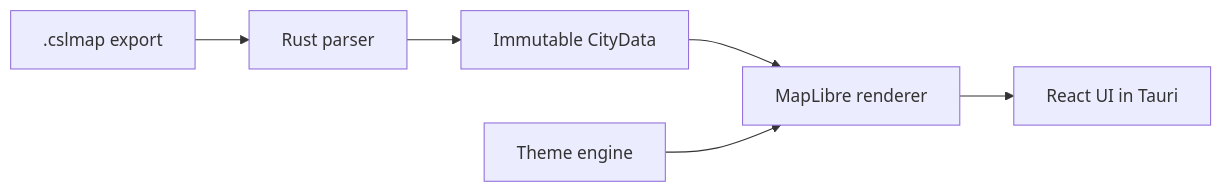
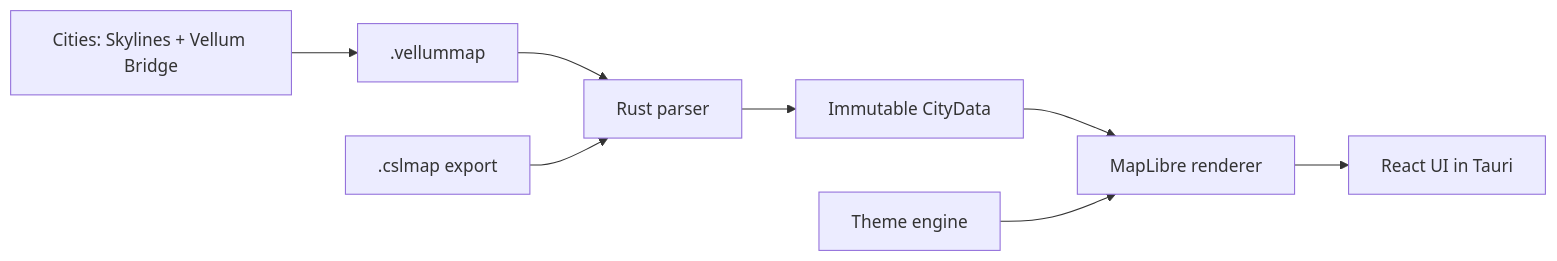
Before and after one commit to sebas-tcotd/vellum: the first of 2 diagrams in README.md, drawn with Mermaid. The commit also changed other lines of this file and 4 other files, not shown here.

First line of the commit message:
docs: README y visión general con Vellum Bridge como camino principal

````diff
--- a/README.md
+++ b/README.md
@@ -109,8 +115,10 @@
 ```mermaid
 flowchart LR
-  A[".cslmap export"] --> B["Rust parser"]
+  G["Cities: Skylines + Vellum Bridge"] --> V[".vellummap"]
+  V --> B["Rust parser"]
+  A[".cslmap export"] --> B
   B --> C["Immutable CityData"]
   C --> D["MapLibre renderer"]
   D --> E["React UI in Tauri"]
   T["Theme engine"] --> D
 ```
````
